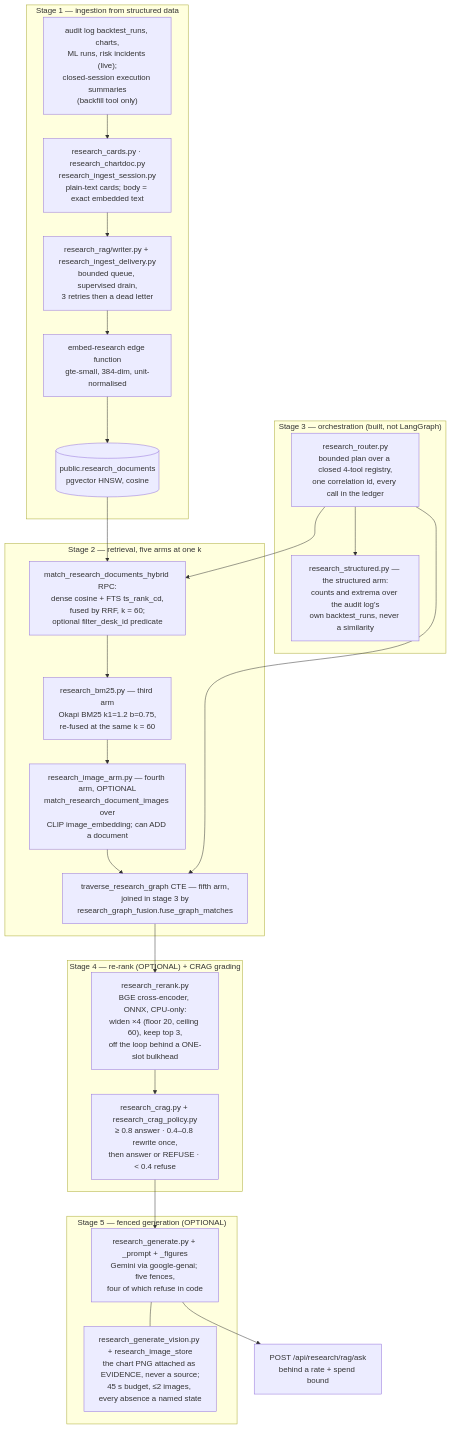
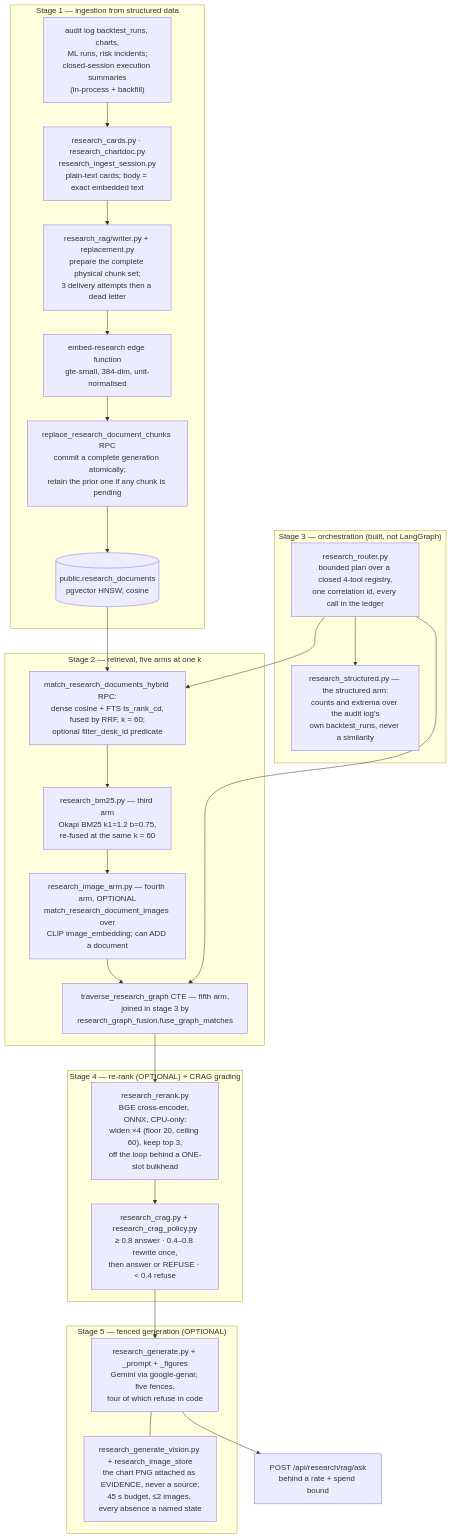
Before and after one commit to Manutd1234/AlphaEngine: the second of 2 diagrams in docs/architecture/ARCHITECTURE.md, drawn with Mermaid. The commit also changed other lines of this file, not shown here.

````diff
--- a/docs/architecture/ARCHITECTURE.md
+++ b/docs/architecture/ARCHITECTURE.md
@@ -740,44 +728,45 @@
 ```mermaid
 flowchart TB
     subgraph s1["Stage 1 — ingestion from structured data"]
-        sources["audit log backtest_runs, charts,<br/>ML runs, risk incidents (live);<br/>closed-session execution summaries<br/>(backfill tool only)"]
+        sources["audit log backtest_runs, charts,<br/>ML runs, risk incidents;<br/>closed-session execution summaries<br/>(in-process + backfill)"]
         cards["research_cards.py · research_chartdoc.py<br/>research_ingest_session.py<br/>plain-text cards; body = exact embedded text"]
-        writer["research_rag/writer.py + research_ingest_delivery.py<br/>bounded queue, supervised drain,<br/>3 retries then a dead letter"]
+        writer["research_rag/writer.py + replacement.py<br/>prepare the complete physical chunk set;<br/>3 delivery attempts then a dead letter"]
         embed["embed-research edge function<br/>gte-small, 384-dim, unit-normalised"]
+        replace["replace_research_document_chunks RPC<br/>commit a complete generation atomically;<br/>retain the prior one if any chunk is pending"]
         corpus[("public.research_documents<br/>pgvector HNSW, cosine")]
-        sources --> cards --> writer --> embed --> corpus
+        sources --> cards --> writer --> embed --> replace --> corpus
     end
 
     subgraph s2["Stage 2 — retrieval, five arms at one k"]
         rpc["match_research_documents_hybrid RPC:<br/>dense cosine + FTS ts_rank_cd,<br/>fused by RRF, k = 60;<br/>optional filter_desk_id predicate"]
         bm25["research_bm25.py — third arm<br/>Okapi BM25 k1=1.2 b=0.75,<br/>re-fused at the same k = 60"]
         imgarm["research_image_arm.py — fourth arm, OPTIONAL<br/>match_research_document_images over<br/>CLIP image_embedding; can ADD a document"]
         gwalk["traverse_research_graph CTE — fifth arm,<br/>joined in stage 3 by<br/>research_graph_fusion.fuse_graph_matches"]
         rpc --> bm25 --> imgarm --> gwalk
     end
 
     subgraph s3["Stage 3 — orchestration (built, not LangGraph)"]
         router["research_router.py<br/>bounded plan over a closed 4-tool registry,<br/>one correlation id, every call in the ledger"]
         struct["research_structured.py — the structured arm:<br/>counts and extrema over the audit log's<br/>own backtest_runs, never a similarity"]
     end
 
     subgraph s4["Stage 4 — re-rank (OPTIONAL) + CRAG grading"]
         rerank["research_rerank.py<br/>BGE cross-encoder, ONNX, CPU-only:<br/>widen ×4 (floor 20, ceiling 60), keep top 3,<br/>off the loop behind a ONE-slot bulkhead"]
         grade["research_crag.py + research_crag_policy.py<br/>≥ 0.8 answer · 0.4–0.8 rewrite once,<br/>then answer or REFUSE · < 0.4 refuse"]
         rerank --> grade
     end
 
     subgraph s5["Stage 5 — fenced generation (OPTIONAL)"]
         generate["research_generate.py + _prompt + _figures<br/>Gemini via google-genai; five fences,<br/>four of which refuse in code"]
         vision["research_generate_vision.py + research_image_store<br/>the chart PNG attached as EVIDENCE, never a source;<br/>45 s budget, ≤2 images, every absence a named state"]
         generate --- vision
     end
 
     corpus --> rpc
     router --> rpc
     router --> gwalk
     router --> struct
     gwalk --> rerank
     grade --> generate
     generate --> ask["POST /api/research/rag/ask<br/>behind a rate + spend bound"]
 ```
````
